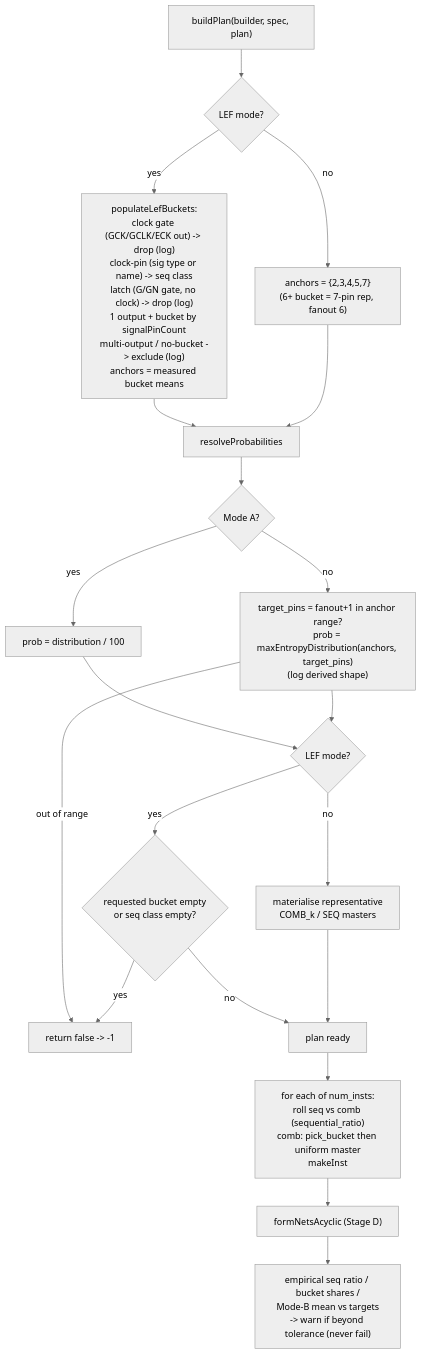
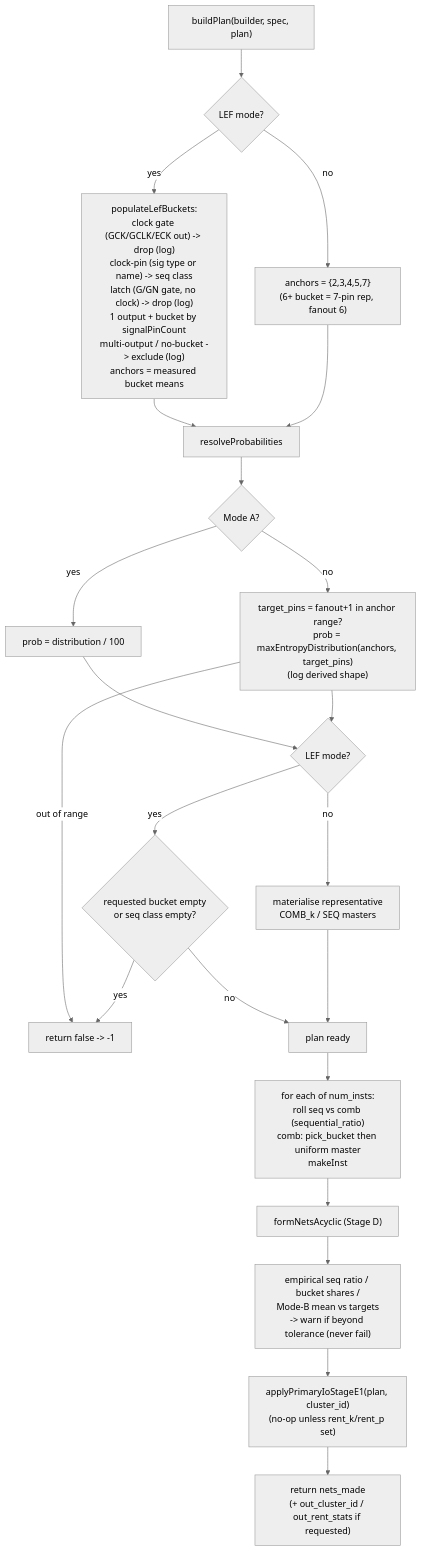
The fifth of 16 diagrams in src/engines/netlistgen/FLOW.md (rfive88/eda-lab), drawn with Mermaid (neutral theme) before and after one commit. The commit also changed other lines of this file and 12 other files, not shown here.

````diff
--- a/src/engines/netlistgen/FLOW.md
+++ b/src/engines/netlistgen/FLOW.md
@@ -172,23 +198,25 @@
 ```mermaid
 graph TD
   bp["buildPlan(builder, spec, plan)"] --> lm{"LEF mode?"}
   lm -->|yes| pop["populateLefBuckets:<br/>clock gate (GCK/GCLK/ECK out) -> drop (log)<br/>clock-pin (sig type or name) -> seq class<br/>latch (G/GN gate, no clock) -> drop (log)<br/>1 output + bucket by signalPinCount<br/>multi-output / no-bucket -> exclude (log)<br/>anchors = measured bucket means"]
   lm -->|no| anc["anchors = {2,3,4,5,7}<br/>(6+ bucket = 7-pin rep, fanout 6)"]
   pop --> rp
   anc --> rp["resolveProbabilities"]
   rp --> modeA{"Mode A?"}
   modeA -->|yes| dist["prob = distribution / 100"]
   modeA -->|no| maxe["target_pins = fanout+1 in anchor range?<br/>prob = maxEntropyDistribution(anchors, target_pins)<br/>(log derived shape)"]
   maxe -->|out of range| r2["return false -> -1"]
   dist --> chk
   maxe --> chk{"LEF mode?"}
   chk -->|yes| empty{"requested bucket empty<br/>or seq class empty?"}
   empty -->|yes| r2
   empty -->|no| okplan
   chk -->|no| reps["materialise representative<br/>COMB_k / SEQ masters"]
   reps --> okplan[plan ready]
 
   okplan --> gen["for each of num_insts:<br/>roll seq vs comb (sequential_ratio)<br/>comb: pick_bucket then uniform master<br/>makeInst"]
   gen --> fn2["formNetsAcyclic (Stage D)"]
   fn2 --> tol["empirical seq ratio / bucket shares /<br/>Mode-B mean vs targets<br/>-> warn if beyond tolerance (never fail)"]
+  tol --> e1["applyPrimaryIoStageE1(plan, cluster_id)<br/>(no-op unless rent_k/rent_p set)"]
+  e1 --> ret2["return nets_made<br/>(+ out_cluster_id / out_rent_stats if requested)"]
 ```
````
